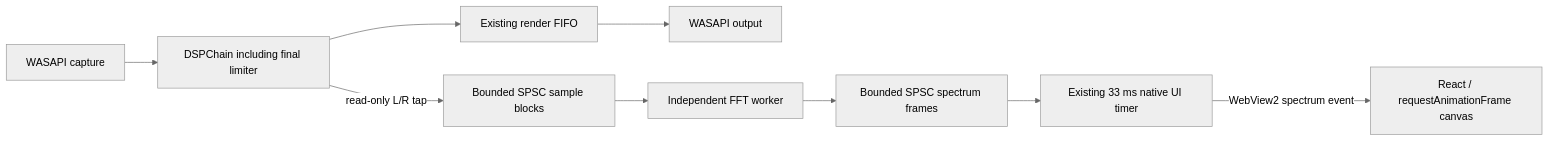
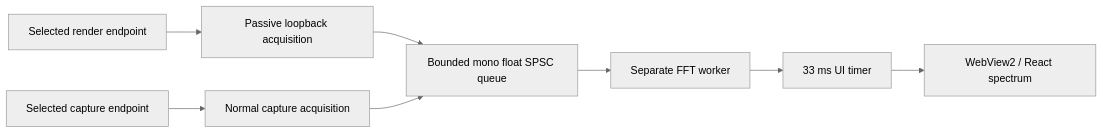
The diagram in docs/spectrum-analyzer.md (welington-m/miyazato-spatial-audio), drawn with Mermaid (neutral theme) before and after one commit. The commit also changed other lines of this file and 16 other files, not shown here.

````diff
--- a/docs/spectrum-analyzer.md
+++ b/docs/spectrum-analyzer.md
@@ -12,11 +19,10 @@
 ```mermaid
 flowchart LR
-  Capture[WASAPI capture] --> DSP[DSPChain including final limiter]
-  DSP --> FIFO[Existing render FIFO]
-  FIFO --> Output[WASAPI output]
-  DSP -->|read-only L/R tap| Samples[Bounded SPSC sample blocks]
-  Samples --> Worker[Independent FFT worker]
-  Worker --> Frames[Bounded SPSC spectrum frames]
-  Frames --> Timer[Existing 33 ms native UI timer]
-  Timer -->|WebView2 spectrum event| Canvas[React / requestAnimationFrame canvas]
+  Output[Selected render endpoint] --> Loopback[Passive loopback acquisition]
+  Input[Selected capture endpoint] --> Capture[Normal capture acquisition]
+  Loopback --> Samples[Bounded mono float SPSC queue]
+  Capture --> Samples
+  Samples --> FFT[Separate FFT worker]
+  FFT --> Timer[33 ms UI timer]
+  Timer --> UI[WebView2 / React spectrum]
 ```
````
